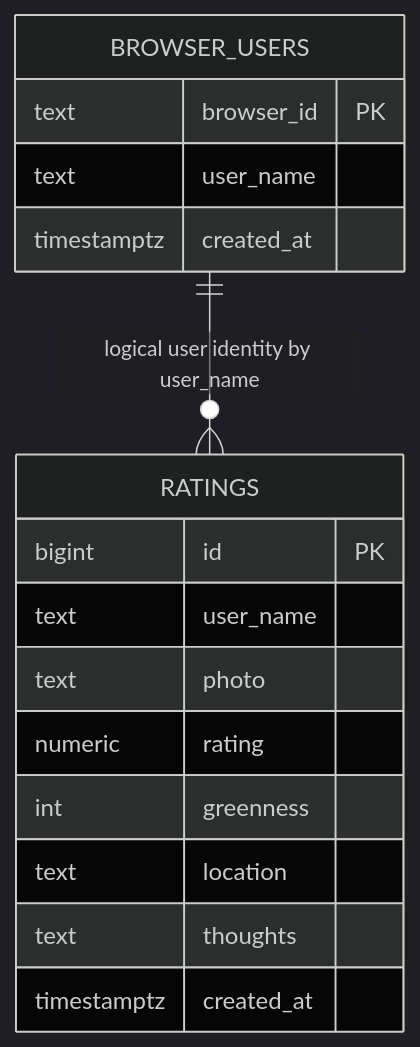
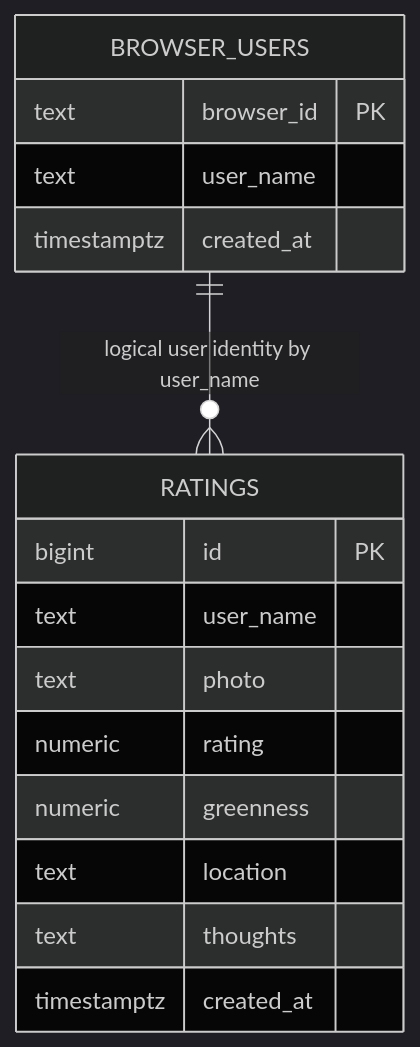
One commit to allyyim/matchaRatings changed the second of 2 diagrams in README.md. Above: the diagram before and after it, drawn with Mermaid (dark theme). The commit also changed other lines of this file and 3 other files, not shown here.

Commit message:
Analyzer output now rounds to 1 decimal place. UI display now shows greenness with 1 decimal place. Database/schema now store greenness as NUMERIC(4,1).

````diff
--- a/README.md
+++ b/README.md
@@ -50,21 +51,21 @@
 ```mermaid
 erDiagram
   BROWSER_USERS {
     text browser_id PK
     text user_name
     timestamptz created_at
   }
 
   RATINGS {
     bigint id PK
     text user_name
     text photo
     numeric rating
-    int greenness
+    numeric greenness
     text location
     text thoughts
     timestamptz created_at
   }
 
   BROWSER_USERS ||--o{ RATINGS : "logical user identity by user_name"
 ```
````
